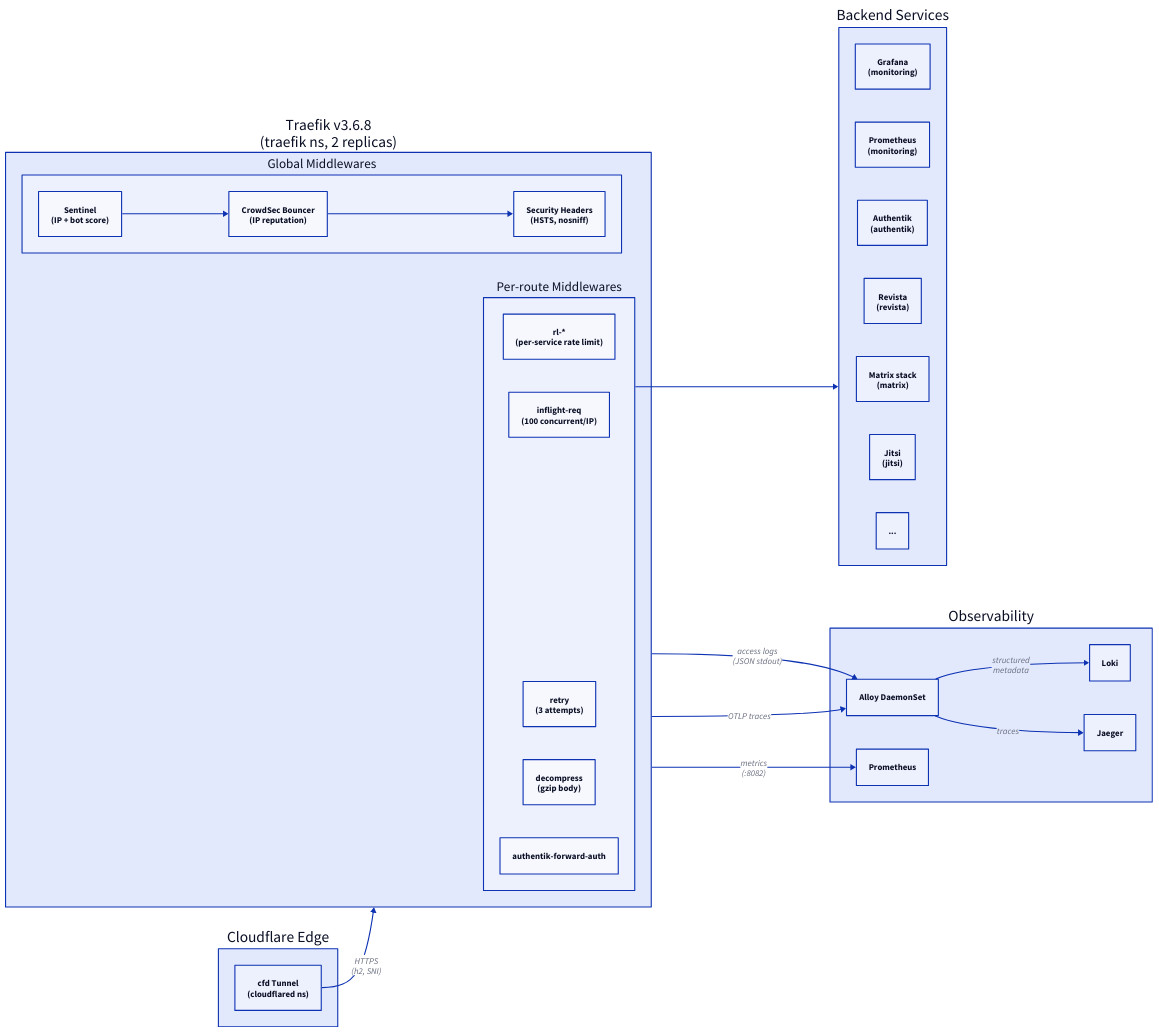
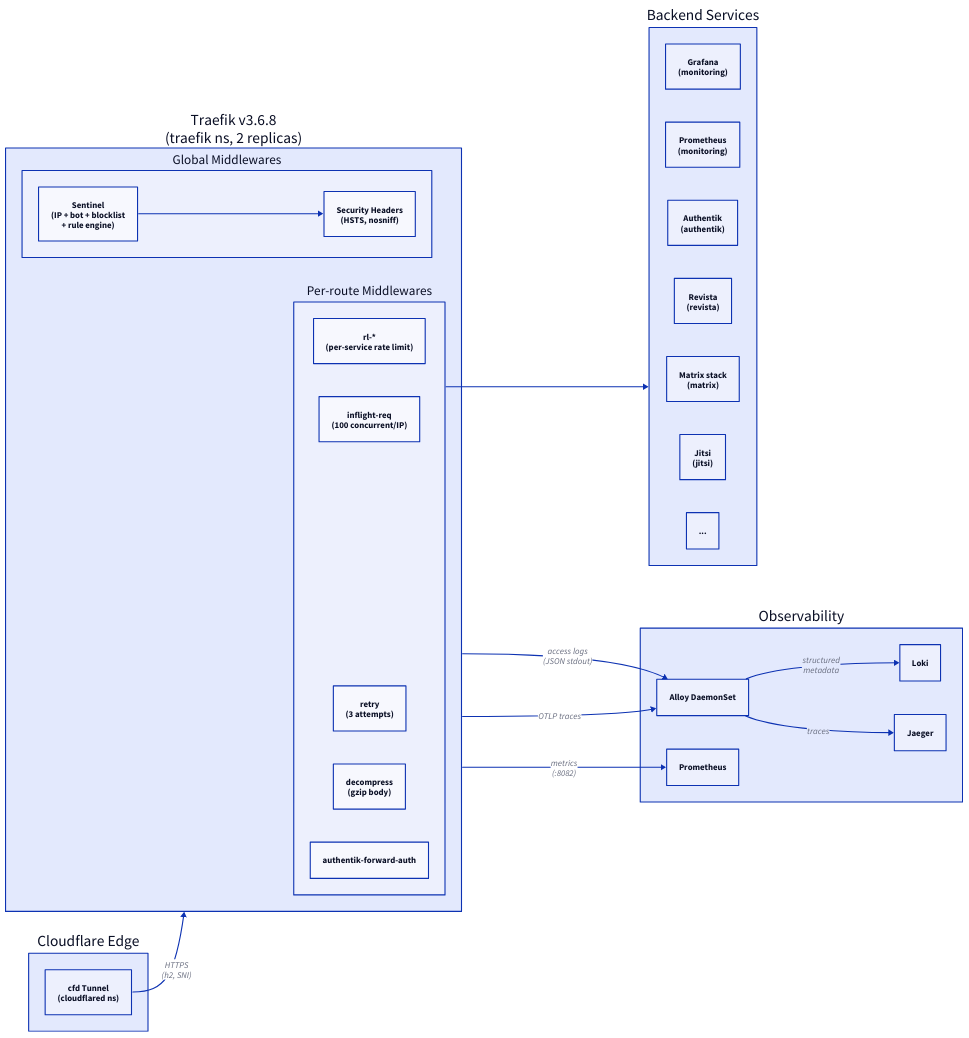
Before and after one commit to erfianugrah/lexicanum: the diagram in src/content/docs/guides/k3s-traefik.mdx, drawn with D2. The commit also changed other lines of this file and 1 other file, not shown here.

````diff
--- a/src/content/docs/guides/k3s-traefik.mdx
+++ b/src/content/docs/guides/k3s-traefik.mdx
@@ -33,48 +33,47 @@
 ```d2
 direction: right
 
 cf: "Cloudflare Edge" {
   tunnel: "cfd Tunnel\n(cloudflared ns)"
 }
 
 traefik: "Traefik v3.6.8\n(traefik ns, 2 replicas)" {
   global: "Global Middlewares" {
-    sentinel: "Sentinel\n(IP + bot score)"
-    crowdsec: "CrowdSec Bouncer\n(IP reputation)"
+    sentinel: "Sentinel\n(IP + bot + blocklist\n+ rule engine)"
     headers: "Security Headers\n(HSTS, nosniff)"
   }
   perroute: "Per-route Middlewares" {
     rl: "rl-*\n(per-service rate limit)"
     inflight: "inflight-req\n(100 concurrent/IP)"
     retry: "retry\n(3 attempts)"
     decompress: "decompress\n(gzip body)"
     auth: "authentik-forward-auth"
   }
 }
 
 services: "Backend Services" {
   grafana: "Grafana\n(monitoring)"
   prometheus: "Prometheus\n(monitoring)"
   authentik: "Authentik\n(authentik)"
   revista: "Revista\n(revista)"
   matrix: "Matrix stack\n(matrix)"
   jitsi: "Jitsi\n(jitsi)"
   others: "..."
 }
 
 monitoring: "Observability" {
   alloy: "Alloy DaemonSet"
   loki: "Loki"
   jaeger: "Jaeger"
   prom: "Prometheus"
 }
 
 cf.tunnel -> traefik: "HTTPS\n(h2, SNI)"
-traefik.global.sentinel -> traefik.global.crowdsec -> traefik.global.headers
+traefik.global.sentinel -> traefik.global.headers
 traefik.perroute -> services
 traefik -> monitoring.alloy: "access logs\n(JSON stdout)"
 traefik -> monitoring.alloy: "OTLP traces"
 traefik -> monitoring.prom: "metrics\n(:8082)"
 monitoring.alloy -> monitoring.loki: "structured\nmetadata"
 monitoring.alloy -> monitoring.jaeger: "traces"
 ```
````
